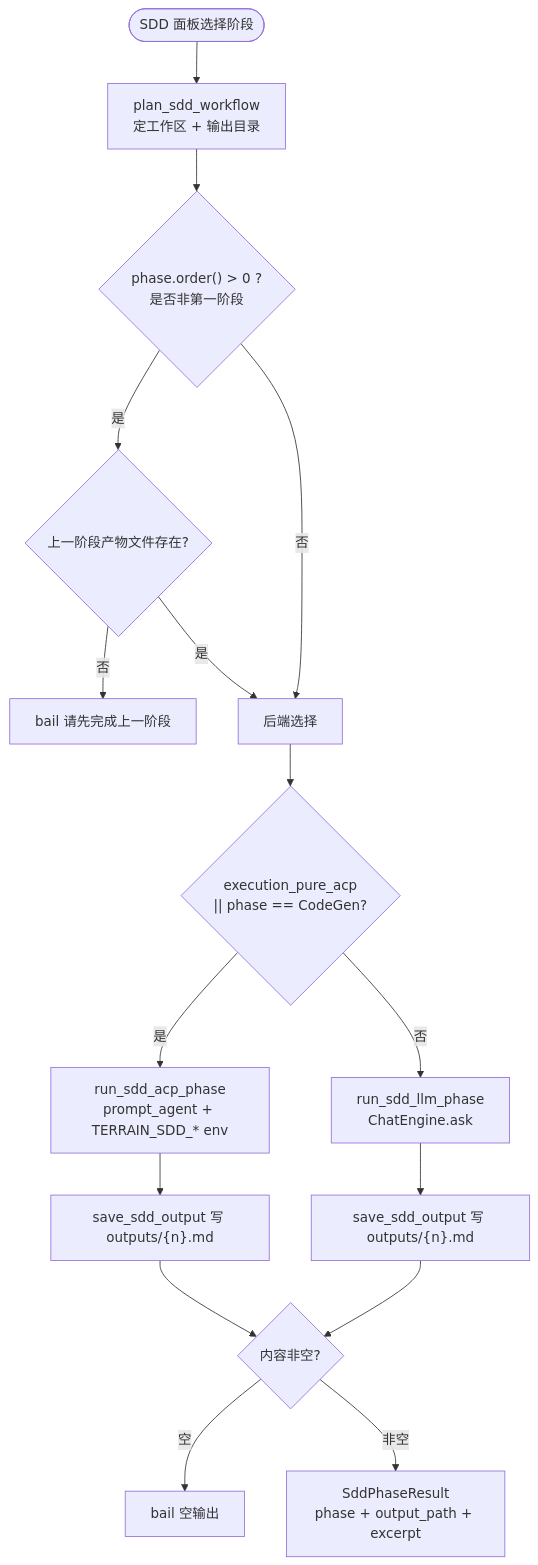
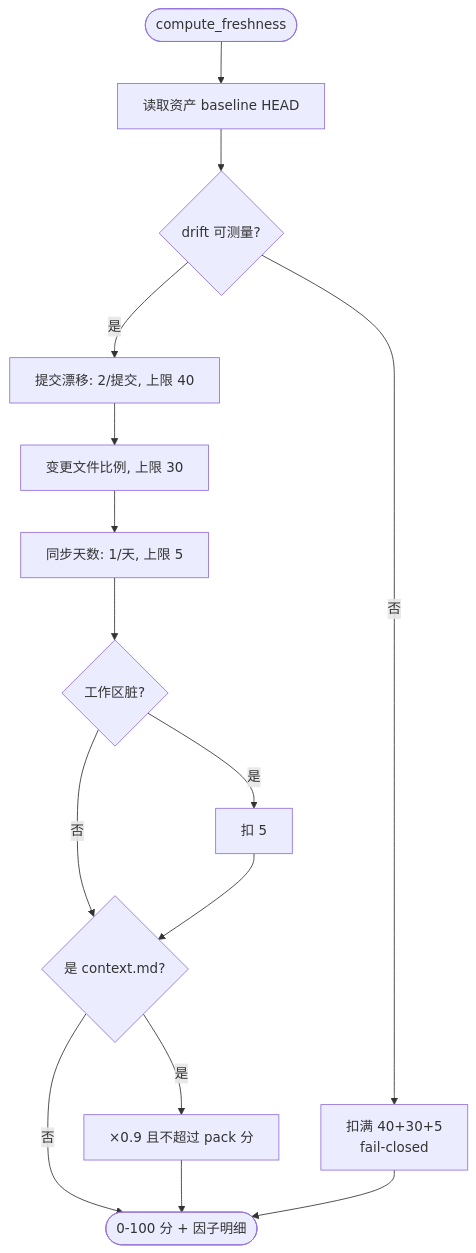
Before and after one commit to sopaco/terrain: the tenth of 11 diagrams in .terrain/human/3.工作流.md, drawn with Mermaid. The commit also changed other lines of this file and 39 other files, not shown here.

````diff
--- a/.terrain/human/3.工作流.md
+++ b/.terrain/human/3.工作流.md
@@ -312,18 +288,17 @@
 ```mermaid
 flowchart TD
-    Start([SDD 面板选择阶段]) --> A["plan_sdd_workflow<br/>定工作区 + 输出目录"]
-    A --> B{"phase.order() > 0 ?<br/>是否非第一阶段"}
-    B -- 是 --> C{"上一阶段产物文件存在?"}
-    C -- 否 --> D["bail 请先完成上一阶段"]
-    C -- 是 --> E["后端选择"]
-    B -- 否 --> E
-    E --> F{"execution_pure_acp<br/>|| phase == CodeGen?"}
-    F -- 是 --> G["run_sdd_acp_phase<br/>prompt_agent + TERRAIN_SDD_* env"]
-    F -- 否 --> H["run_sdd_llm_phase<br/>ChatEngine.ask"]
-    G --> I["save_sdd_output 写 outputs/{n}.md"]
-    H --> I2["save_sdd_output 写 outputs/{n}.md"]
-    I --> J{"内容非空?"}
-    I2 --> J
-    J -- 空 --> K["bail 空输出"]
-    J -- 非空 --> L["SddPhaseResult<br/>phase + output_path + excerpt"]
+    Start([compute_freshness]) --> Base["读取资产 baseline HEAD"]
+    Base --> Meas{"drift 可测量?"}
+    Meas -->|否| Penalty["扣满 40+30+5<br/>fail-closed"]
+    Meas -->|是| Commits["提交漂移: 2/提交, 上限 40"]
+    Commits --> Files["变更文件比例, 上限 30"]
+    Files --> Age["同步天数: 1/天, 上限 5"]
+    Age --> Dirty{"工作区脏?"}
+    Dirty -->|是| P5["扣 5"]
+    Dirty -->|否| Ctx
+    P5 --> Ctx{"是 context.md?"}
+    Ctx -->|是| Disc["×0.9 且不超过 pack 分"]
+    Ctx -->|否| Score
+    Disc --> Score(["0-100 分 + 因子明细"])
+    Penalty --> Score
 ```
````
